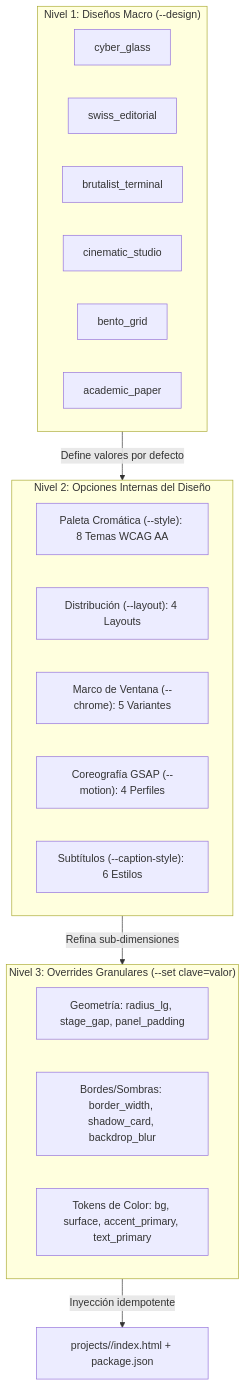
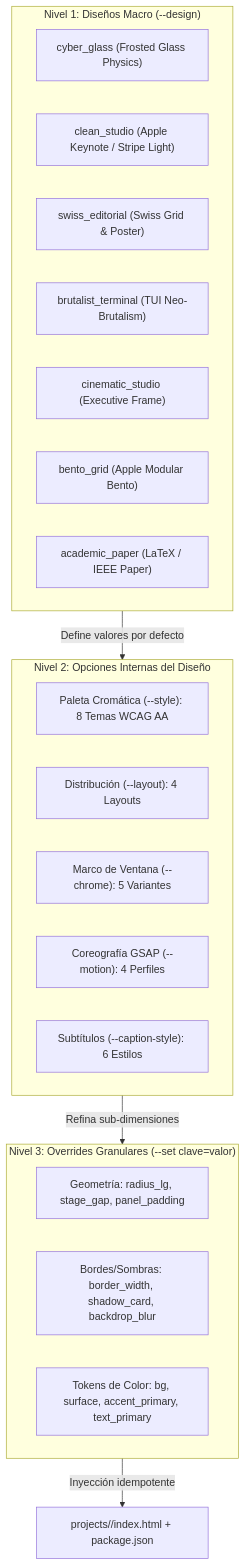
Before and after one commit to JorgeDoicela/video-pipeline: the diagram in docs/06-sistema-de-diseno-y-estilos.md, drawn with Mermaid. The commit also changed other lines of this file and 20 other files, not shown here.

Commit message:
feat(styles): clean studio light mode, frosted glass physics and modern sans typography

````diff
--- a/docs/06-sistema-de-diseno-y-estilos.md
+++ b/docs/06-sistema-de-diseno-y-estilos.md
@@ -11,29 +11,30 @@
 ```mermaid
 flowchart TD
     subgraph N1 ["Nivel 1: Diseños Macro (--design)"]
-        D1["cyber_glass"]
-        D2["swiss_editorial"]
-        D3["brutalist_terminal"]
-        D4["cinematic_studio"]
-        D5["bento_grid"]
-        D6["academic_paper"]
+        D1["cyber_glass (Frosted Glass Physics)"]
+        D2["clean_studio (Apple Keynote / Stripe Light)"]
+        D3["swiss_editorial (Swiss Grid & Poster)"]
+        D4["brutalist_terminal (TUI Neo-Brutalism)"]
+        D5["cinematic_studio (Executive Frame)"]
+        D6["bento_grid (Apple Modular Bento)"]
+        D7["academic_paper (LaTeX / IEEE Paper)"]
     end
 
     subgraph N2 ["Nivel 2: Opciones Internas del Diseño"]
         S["Paleta Cromática (--style): 8 Temas WCAG AA"]
         L["Distribución (--layout): 4 Layouts"]
         C["Marco de Ventana (--chrome): 5 Variantes"]
         M["Coreografía GSAP (--motion): 4 Perfiles"]
         K["Subtítulos (--caption-style): 6 Estilos"]
     end
 
     subgraph N3 ["Nivel 3: Overrides Granulares (--set clave=valor)"]
         O1["Geometría: radius_lg, stage_gap, panel_padding"]
         O2["Bordes/Sombras: border_width, shadow_card, backdrop_blur"]
         O3["Tokens de Color: bg, surface, accent_primary, text_primary"]
     end
 
     N1 -->|"Define valores por defecto"| N2
     N2 -->|"Refina sub-dimensiones"| N3
     N3 -->|"Inyección idempotente"| HTML["projects/<slug>/index.html + package.json"]
 ```
````
